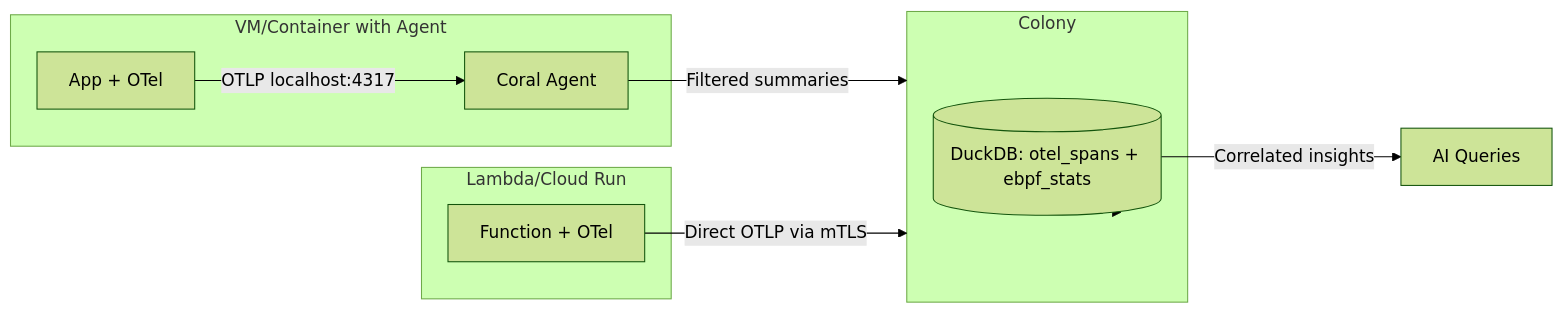
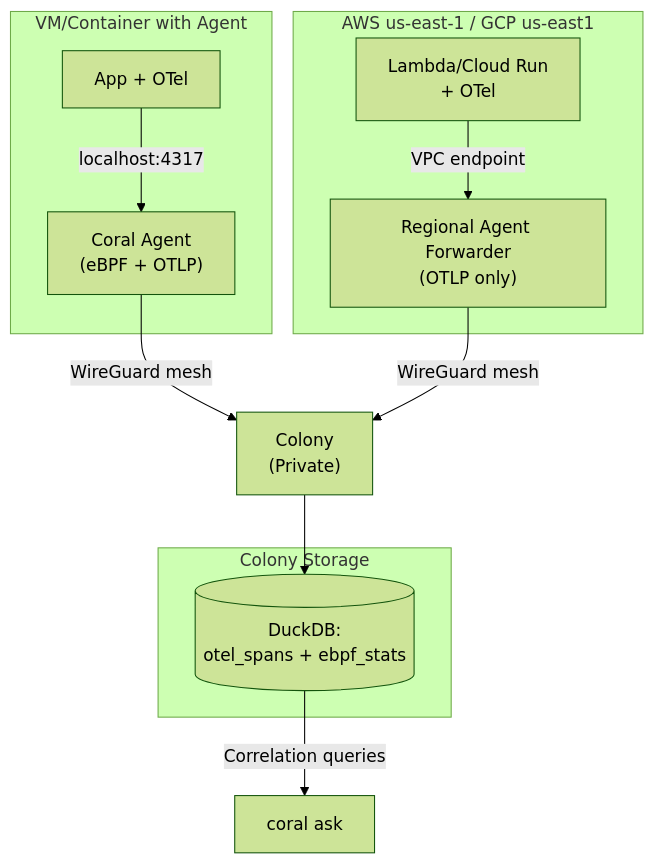
The diagram in RFDs/025-basic-otel-ingestion.md (alexandrem/coral), drawn with Mermaid (forest theme) before and after one commit. The commit also changed other lines of this file, not shown here.

````diff
--- a/RFDs/025-basic-otel-ingestion.md
+++ b/RFDs/025-basic-otel-ingestion.md
@@ -83,22 +84,24 @@
 ```mermaid
-flowchart LR
+flowchart TB
     subgraph Host["VM/Container with Agent"]
         App["App + OTel"]
-        Agent["Coral Agent"]
-        App -->|OTLP localhost:4317| Agent
+        Agent["Coral Agent<br/>(eBPF + OTLP)"]
+        App -->|localhost:4317| Agent
     end
 
-    subgraph Serverless["Lambda/Cloud Run"]
-        Func["Function + OTel"]
+    subgraph ServerlessRegion["AWS us-east-1 / GCP us-east1"]
+        Lambda["Lambda/Cloud Run<br/>+ OTel"]
+        Forwarder["Regional Agent Forwarder<br/>(OTLP only)"]
+        Lambda -->|VPC endpoint| Forwarder
     end
 
-    Agent -->|Filtered summaries| Colony
-    Func -->|Direct OTLP via mTLS| Colony
+    Agent -->|WireGuard mesh| Colony["Colony<br/>(Private)"]
+    Forwarder -->|WireGuard mesh| Colony
 
-    subgraph Colony
-        DB[(DuckDB: otel_spans + ebpf_stats)]
+    subgraph ColonyDB["Colony Storage"]
+        DB[(DuckDB:<br/>otel_spans + ebpf_stats)]
     end
 
     Colony --> DB
-    DB -->|Correlated insights| AI["AI Queries"]
+    DB -->|Correlation queries| AI["coral ask"]
 ```
````
